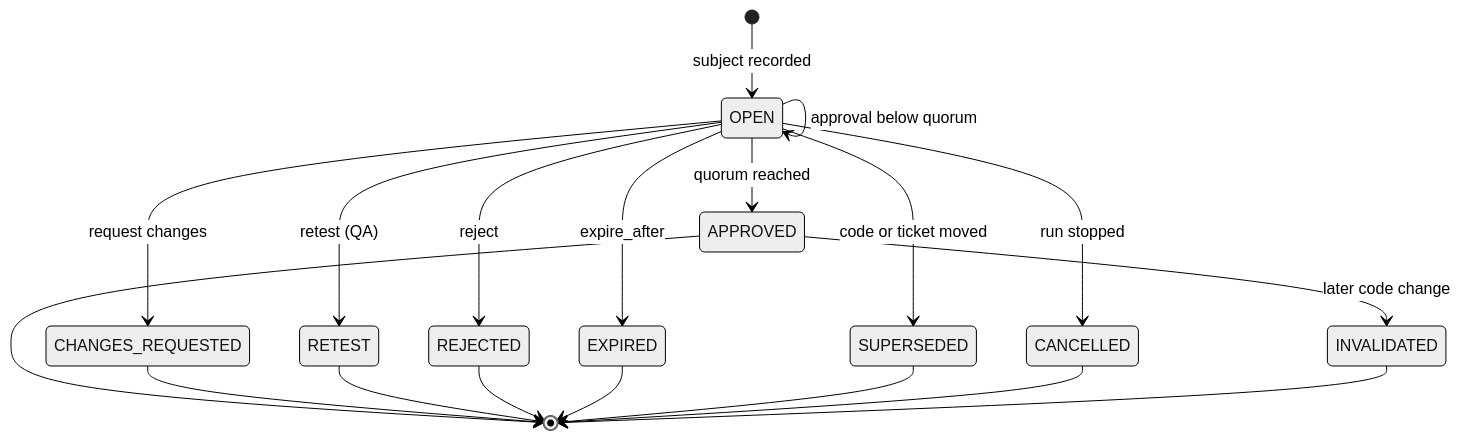
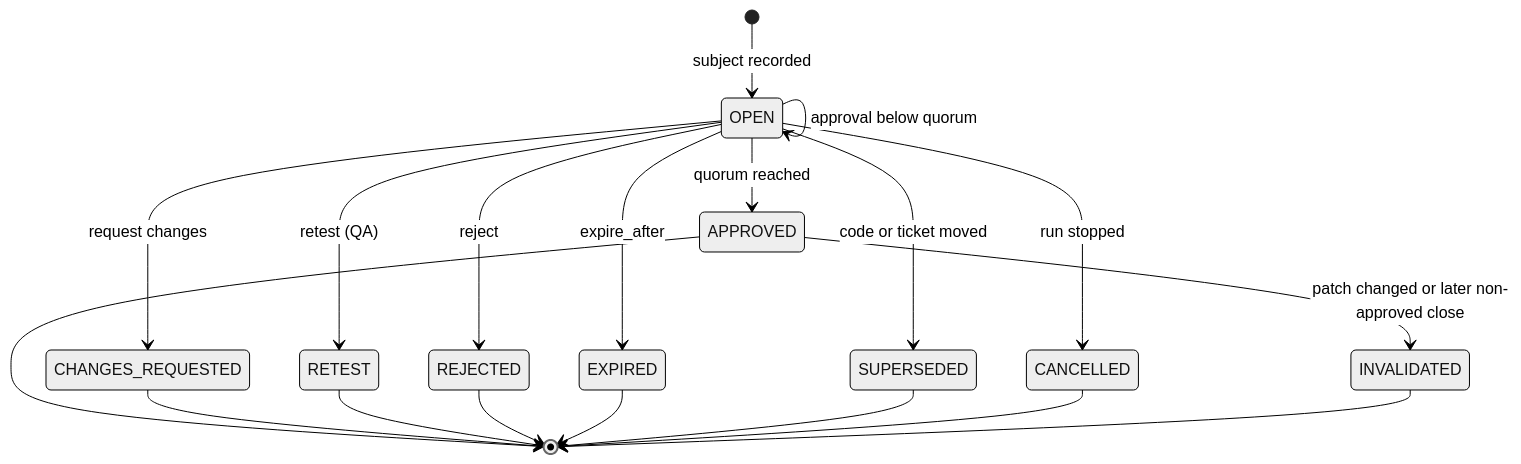
Before and after one commit to bamseynet/swe-ticket-orchestrator: the second of 8 diagrams in docs/PLAN.md, drawn with Mermaid (neutral theme). The commit also changed other lines of this file and 20 other files, not shown here.

````diff
--- a/docs/PLAN.md
+++ b/docs/PLAN.md
@@ -289,21 +314,21 @@
 ```mermaid
 stateDiagram-v2
     [*] --> OPEN: subject recorded
     OPEN --> OPEN: approval below quorum
     OPEN --> APPROVED: quorum reached
     OPEN --> CHANGES_REQUESTED: request changes
     OPEN --> RETEST: retest (QA)
     OPEN --> REJECTED: reject
     OPEN --> EXPIRED: expire_after
     OPEN --> SUPERSEDED: code or ticket moved
     OPEN --> CANCELLED: run stopped
-    APPROVED --> INVALIDATED: later code change
+    APPROVED --> INVALIDATED: patch changed or later non-approved close
     APPROVED --> [*]
     CHANGES_REQUESTED --> [*]
     RETEST --> [*]
     REJECTED --> [*]
     EXPIRED --> [*]
     SUPERSEDED --> [*]
     CANCELLED --> [*]
     INVALIDATED --> [*]
 ```
````
